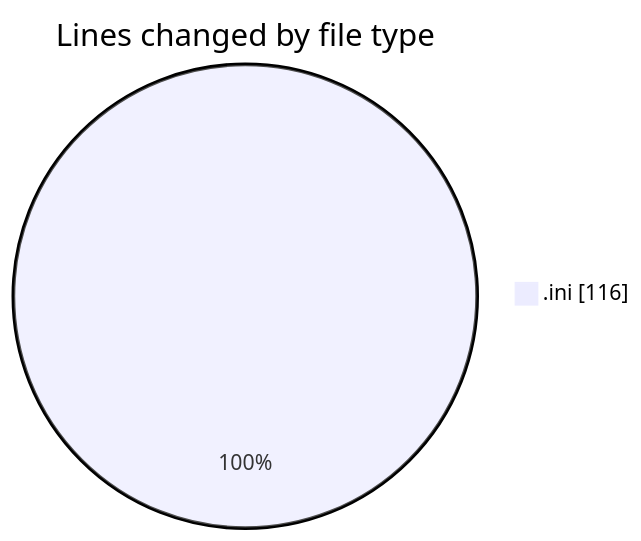
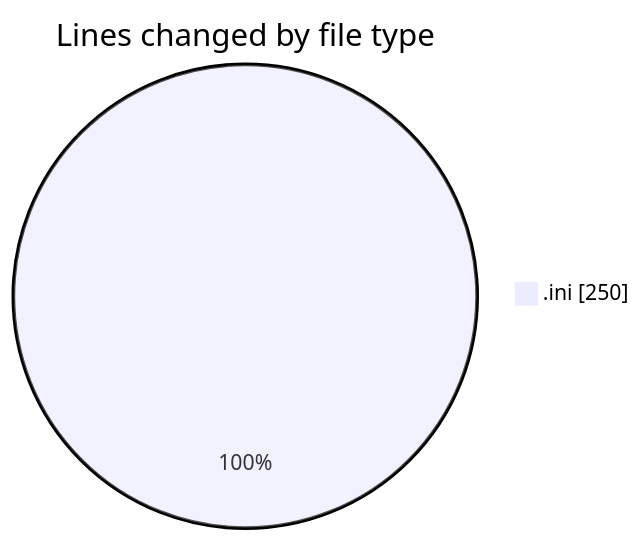
One commit to Netris89/code-tracking changed the first of 2 diagrams in 2025-08-27/data/README.md. Above: the diagram before and after it, drawn with Mermaid. The commit also changed other lines of this file and 1 other file, not shown here.

````diff
--- a/2025-08-27/data/README.md
+++ b/2025-08-27/data/README.md
@@ -21,5 +22,5 @@
 ```mermaid
 pie showData
 title Lines changed by file type
-".ini" : 116
+".ini" : 250
 ```
````
